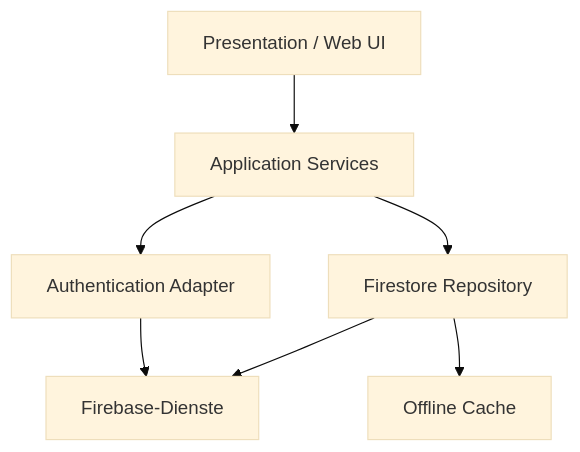
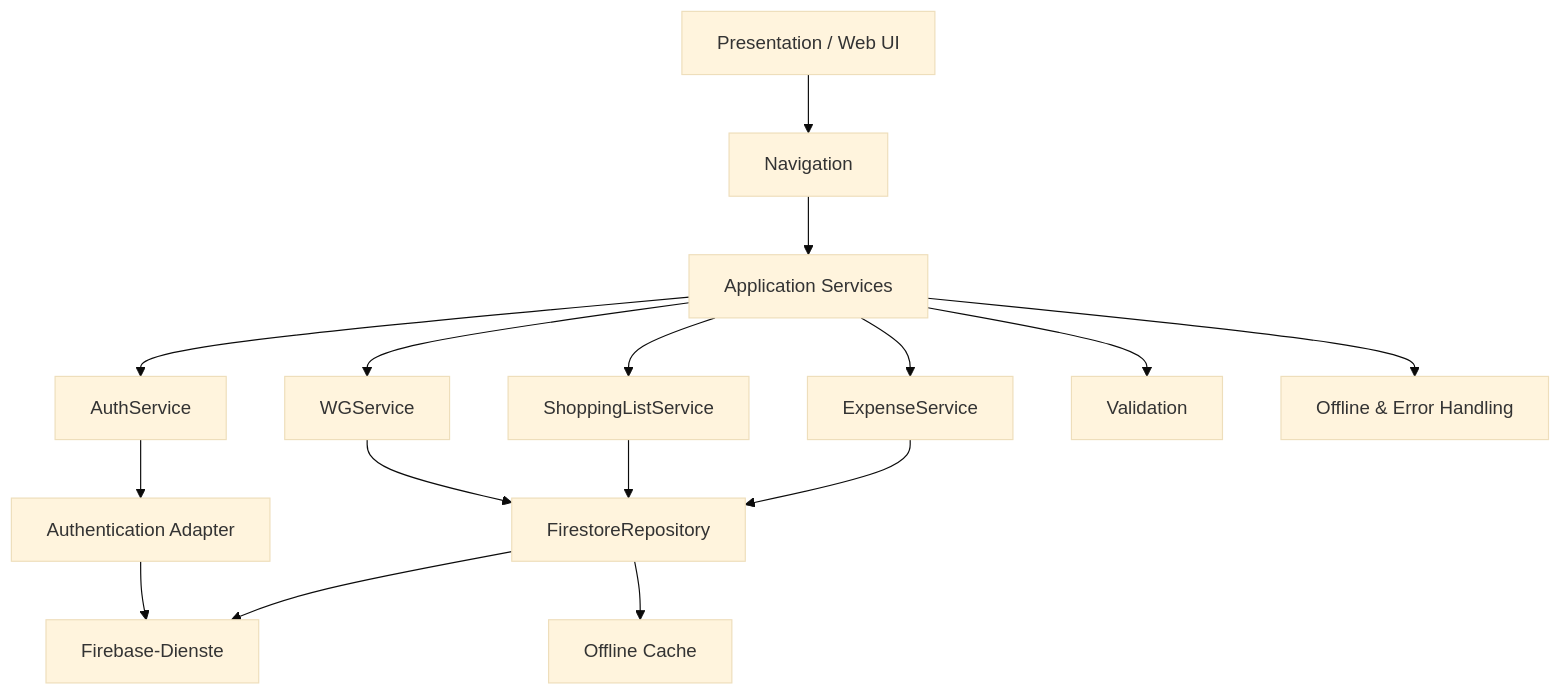
Before and after one commit to Viny005/wg-shopsync: the diagram in docs/arch/A05-bausteinsicht.md, drawn with Mermaid (base theme). The commit also changed other lines of this file, not shown here.

Commit message:
Revise architecture documentation for services and dependencies
Updated the architecture documentation to reflect changes in service descriptions and relationships.

````diff
--- a/docs/arch/A05-bausteinsicht.md
+++ b/docs/arch/A05-bausteinsicht.md
@@ -5,15 +5,37 @@
 ```mermaid
 flowchart TB
     UI[Presentation / Web UI]
+    NAV[Navigation]
+
     APP[Application Services]
-    AUTH[Authentication Adapter]
-    DATA[Firestore Repository]
+    AUTH[AuthService]
+    WG[WGService]
+    SHOP[ShoppingListService]
+    EXP[ExpenseService]
+    VAL[Validation]
+    OFF[Offline & Error Handling]
+
+    ADAPTER[Authentication Adapter]
+    REPO[FirestoreRepository]
     LOCAL[Offline Cache]
     FIREBASE[Firebase-Dienste]
-    UI --> APP
+
+    UI --> NAV
+    NAV --> APP
+
     APP --> AUTH
-    APP --> DATA
-    DATA --> LOCAL
-    AUTH --> FIREBASE
-    DATA --> FIREBASE
+    APP --> WG
+    APP --> SHOP
+    APP --> EXP
+    APP --> VAL
+    APP --> OFF
+
+    AUTH --> ADAPTER
+    ADAPTER --> FIREBASE
+
+    WG --> REPO
+    SHOP --> REPO
+    EXP --> REPO
+    REPO --> LOCAL
+    REPO --> FIREBASE
 ```
````
